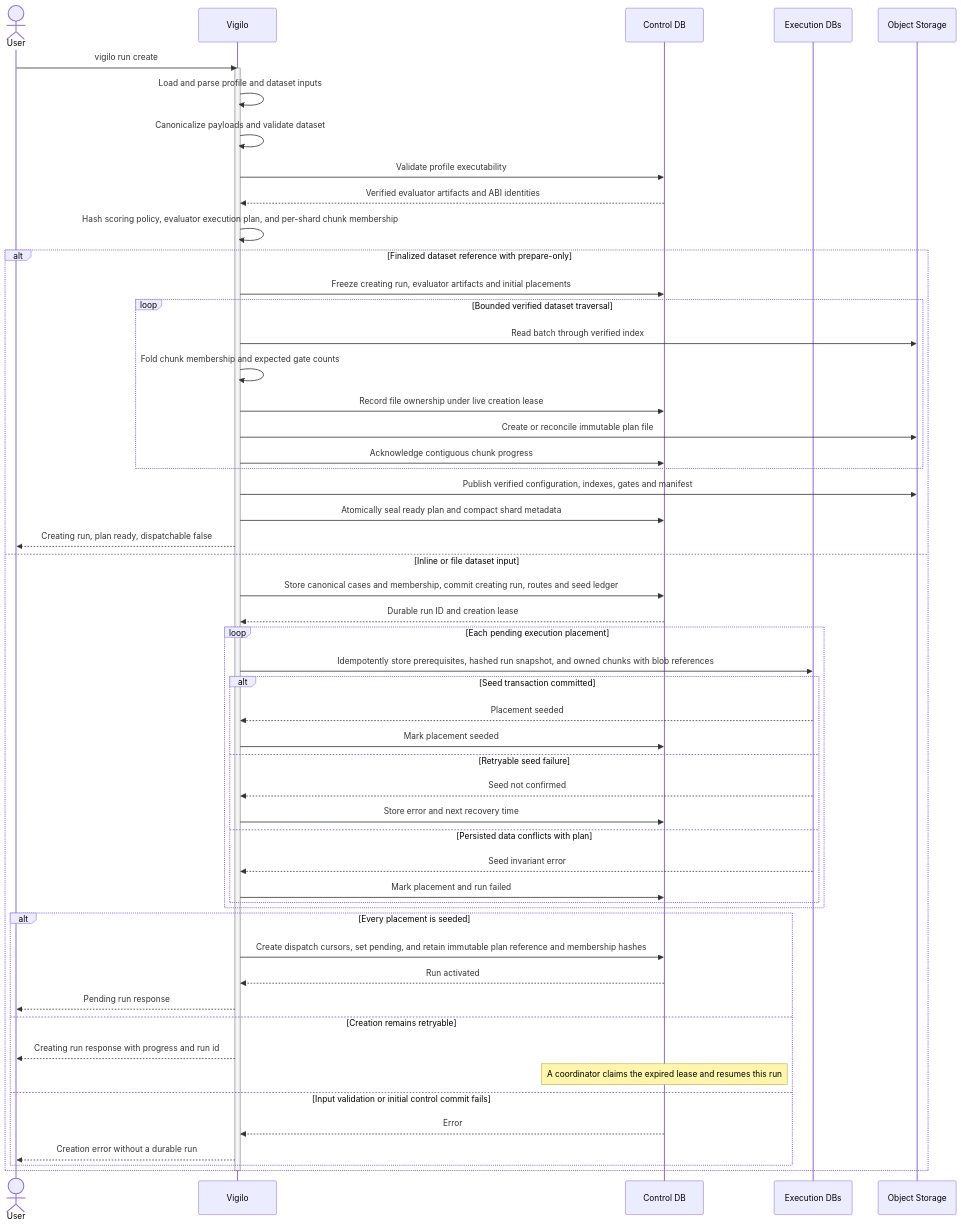
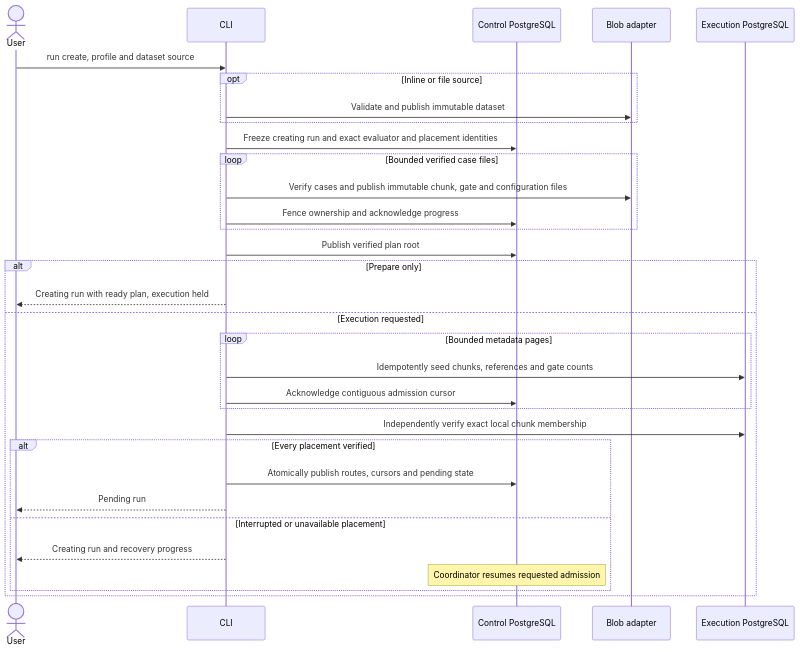
Before and after one commit to agent-vigilo/vigilo: the diagram in web/docs/architecture/flows/run/create/execution-flow.mmd, drawn with Mermaid. The commit also changed 112 other files, not shown here.

Commit message:
refactor worker run to use case blob storage

```diff
--- a/web/docs/architecture/flows/run/create/execution-flow.mmd
+++ b/web/docs/architecture/flows/run/create/execution-flow.mmd
@@ -1,69 +1,32 @@
----
-config:
-  flowchart:
-    nodeSpacing: 150
-    rankSpacing: 80
-  themeVariables:
-    edgeLabelBackground: 'transparent'
----
 sequenceDiagram
     actor User
-    participant Vigilo
-    participant ControlDB as Control DB
-    participant ExecutionDB as Execution DBs
-    participant Objects as Object Storage
-
-    User->>Vigilo: vigilo run create
-    activate Vigilo
-
-    Vigilo->>Vigilo: Load and parse profile and dataset inputs
-    Vigilo->>Vigilo: Canonicalize payloads and validate dataset
-    Vigilo->>ControlDB: Validate profile executability
-    ControlDB-->>Vigilo: Verified evaluator artifacts and ABI identities
-    Vigilo->>Vigilo: Hash scoring policy, evaluator execution plan, and per-shard chunk membership
-
-    alt Finalized dataset reference with prepare-only
-        Vigilo->>ControlDB: Freeze creating run, evaluator artifacts and initial placements
-        loop Bounded verified dataset traversal
-            Vigilo->>Objects: Read batch through verified index
-            Vigilo->>Vigilo: Fold chunk membership and expected gate counts
-            Vigilo->>ControlDB: Record file ownership under live creation lease
-            Vigilo->>Objects: Create or reconcile immutable plan file
-            Vigilo->>ControlDB: Acknowledge contiguous chunk progress
+    participant CLI
+    participant Control as Control PostgreSQL
+    participant Storage as Blob adapter
+    participant Execution as Execution PostgreSQL
+    User->>CLI: run create, profile and dataset source
+    opt Inline or file source
+        CLI->>Storage: Validate and publish immutable dataset
+    end
+    CLI->>Control: Freeze creating run and exact evaluator and placement identities
+    loop Bounded verified case files
+        CLI->>Storage: Verify cases and publish immutable chunk, gate and configuration files
+        CLI->>Control: Fence ownership and acknowledge progress
+    end
+    CLI->>Control: Publish verified plan root
+    alt Prepare only
+        CLI-->>User: Creating run with ready plan, execution held
+    else Execution requested
+        loop Bounded metadata pages
+            CLI->>Execution: Idempotently seed chunks, references and gate counts
+            CLI->>Control: Acknowledge contiguous admission cursor
         end
-        Vigilo->>Objects: Publish verified configuration, indexes, gates and manifest
-        Vigilo->>ControlDB: Atomically seal ready plan and compact shard metadata
-        Vigilo-->>User: Creating run, plan ready, dispatchable false
-    else Inline or file dataset input
-        Vigilo->>ControlDB: Store canonical cases and membership, commit creating run, routes and seed ledger
-        ControlDB-->>Vigilo: Durable run ID and creation lease
-
-    loop Each pending execution placement
-        Vigilo->>ExecutionDB: Idempotently store prerequisites, hashed run snapshot, and owned chunks with blob references
-        alt Seed transaction committed
-            ExecutionDB-->>Vigilo: Placement seeded
-            Vigilo->>ControlDB: Mark placement seeded
-        else Retryable seed failure
-            ExecutionDB-->>Vigilo: Seed not confirmed
-            Vigilo->>ControlDB: Store error and next recovery time
-        else Persisted data conflicts with plan
-            ExecutionDB-->>Vigilo: Seed invariant error
-            Vigilo->>ControlDB: Mark placement and run failed
+        CLI->>Execution: Independently verify exact local chunk membership
+        alt Every placement verified
+            CLI->>Control: Atomically publish routes, cursors and pending state
+            CLI-->>User: Pending run
+        else Interrupted or unavailable placement
+            CLI-->>User: Creating run and recovery progress
+            Note over Control: Coordinator resumes requested admission
         end
     end
-
-    alt Every placement is seeded
-        Vigilo->>ControlDB: Create dispatch cursors, set pending, and retain immutable plan reference and membership hashes
-        ControlDB-->>Vigilo: Run activated
-        Vigilo-->>User: Pending run response
-    else Creation remains retryable
-        Vigilo-->>User: Creating run response with progress and run id
-        Note over ControlDB: A coordinator claims the expired lease and resumes this run
-    else Input validation or initial control commit fails
-        ControlDB-->>Vigilo: Error
-        Vigilo-->>User: Creation error without a durable run
-    end
-
-    end
-
-    deactivate Vigilo
```
